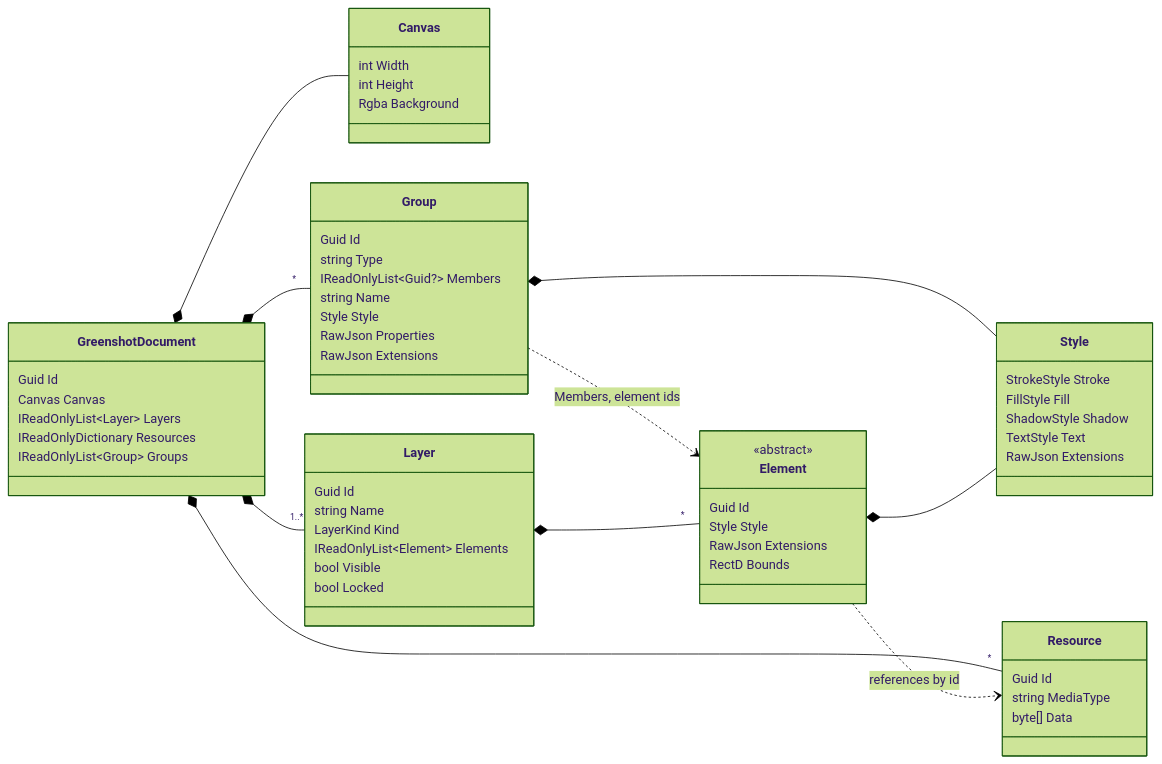
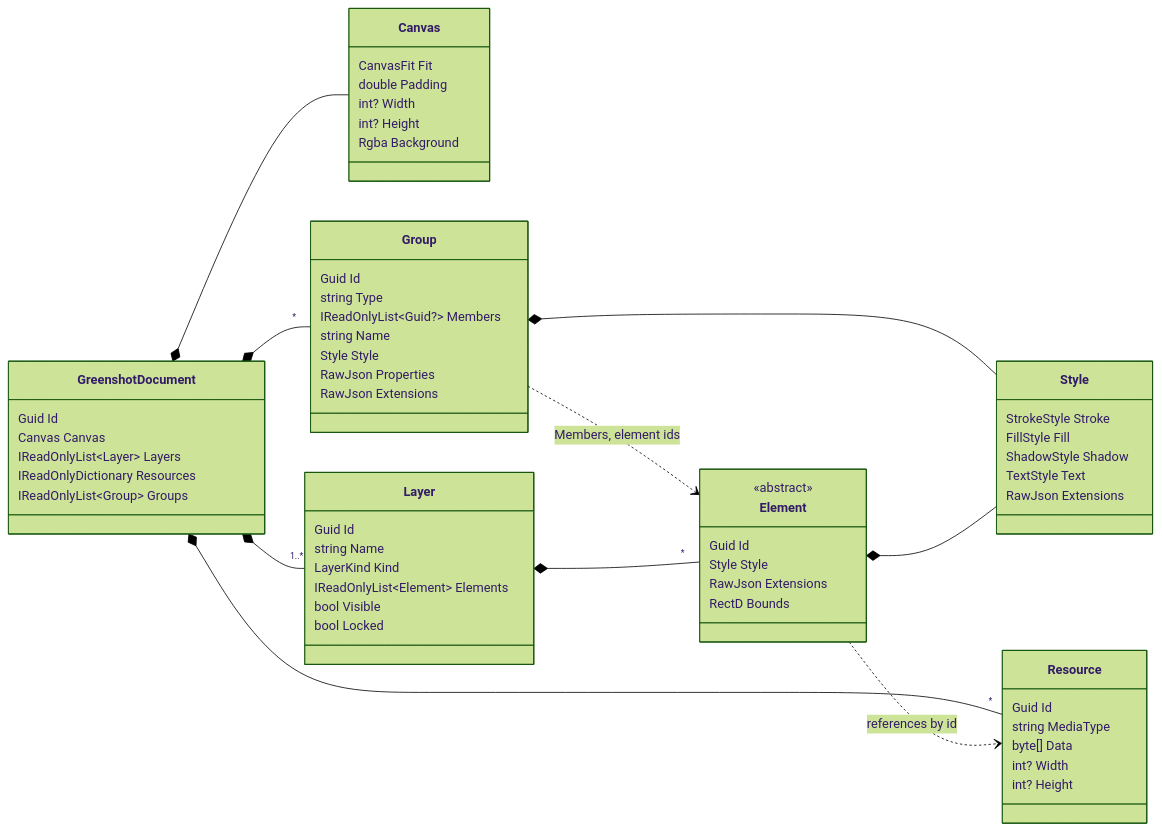
One commit to greenshot/greenshot changed the second of 5 diagrams in docs/document-model.md. Above: the diagram before and after it, drawn with Mermaid (forest theme). The commit also changed other lines of this file and 17 other files, not shown here.

````diff
--- a/docs/document-model.md
+++ b/docs/document-model.md
@@ -50,61 +50,65 @@
 ```mermaid
 classDiagram
     direction LR
     class GreenshotDocument {
         Guid Id
         Canvas Canvas
         IReadOnlyList~Layer~ Layers
         IReadOnlyDictionary Resources
         IReadOnlyList~Group~ Groups
     }
     class Canvas {
-        int Width
-        int Height
+        CanvasFit Fit
+        double Padding
+        int? Width
+        int? Height
         Rgba Background
     }
     class Group {
         Guid Id
         string Type
         IReadOnlyList~Guid?~ Members
         string Name
         Style Style
         RawJson Properties
         RawJson Extensions
     }
     class Layer {
         Guid Id
         string Name
         LayerKind Kind
         IReadOnlyList~Element~ Elements
         bool Visible
         bool Locked
     }
     class Resource {
         Guid Id
         string MediaType
         byte[] Data
+        int? Width
+        int? Height
     }
     class Element {
         <<abstract>>
         Guid Id
         Style Style
         RawJson Extensions
         RectD Bounds
     }
     class Style {
         StrokeStyle Stroke
         FillStyle Fill
         ShadowStyle Shadow
         TextStyle Text
         RawJson Extensions
     }
     GreenshotDocument *-- Canvas
     GreenshotDocument *-- "1..*" Layer
     GreenshotDocument *-- "*" Resource
     GreenshotDocument *-- "*" Group
     Group ..> Element : Members, element ids
     Group *-- Style
     Layer *-- "*" Element
     Element *-- Style
     Element ..> Resource : references by id
 ```
````
